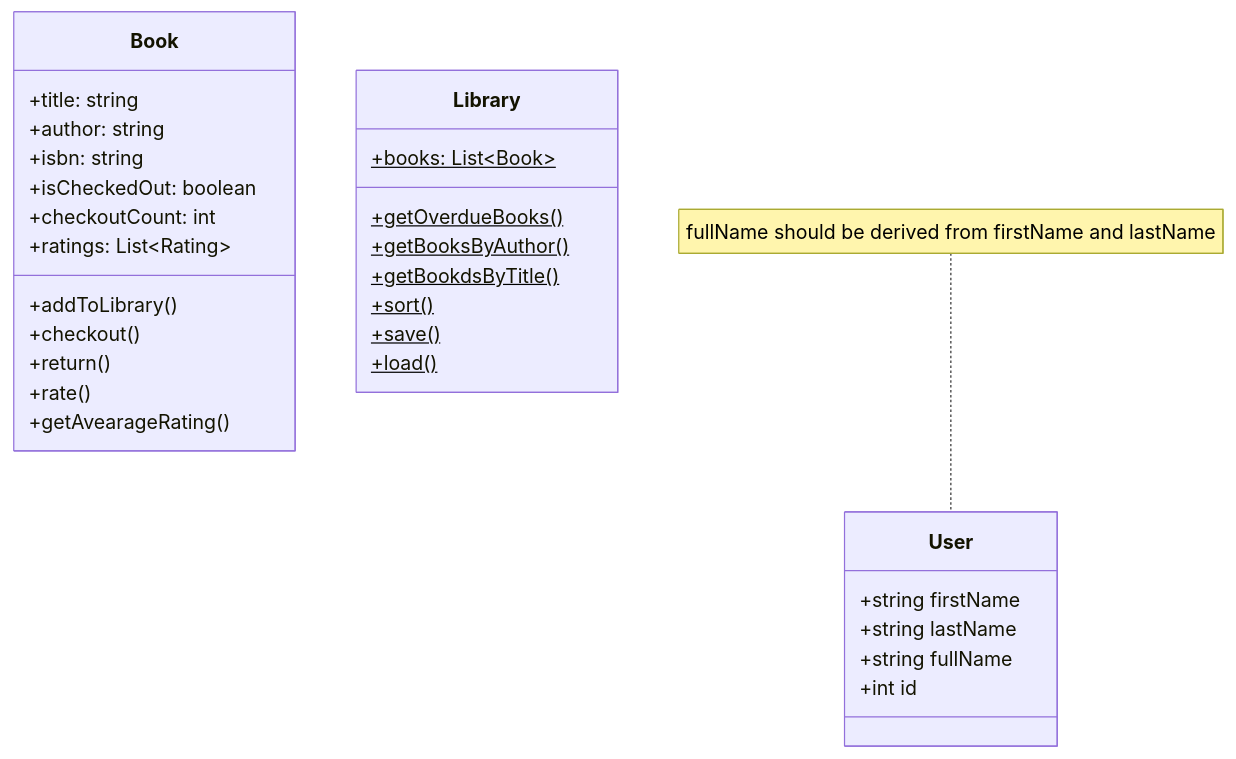
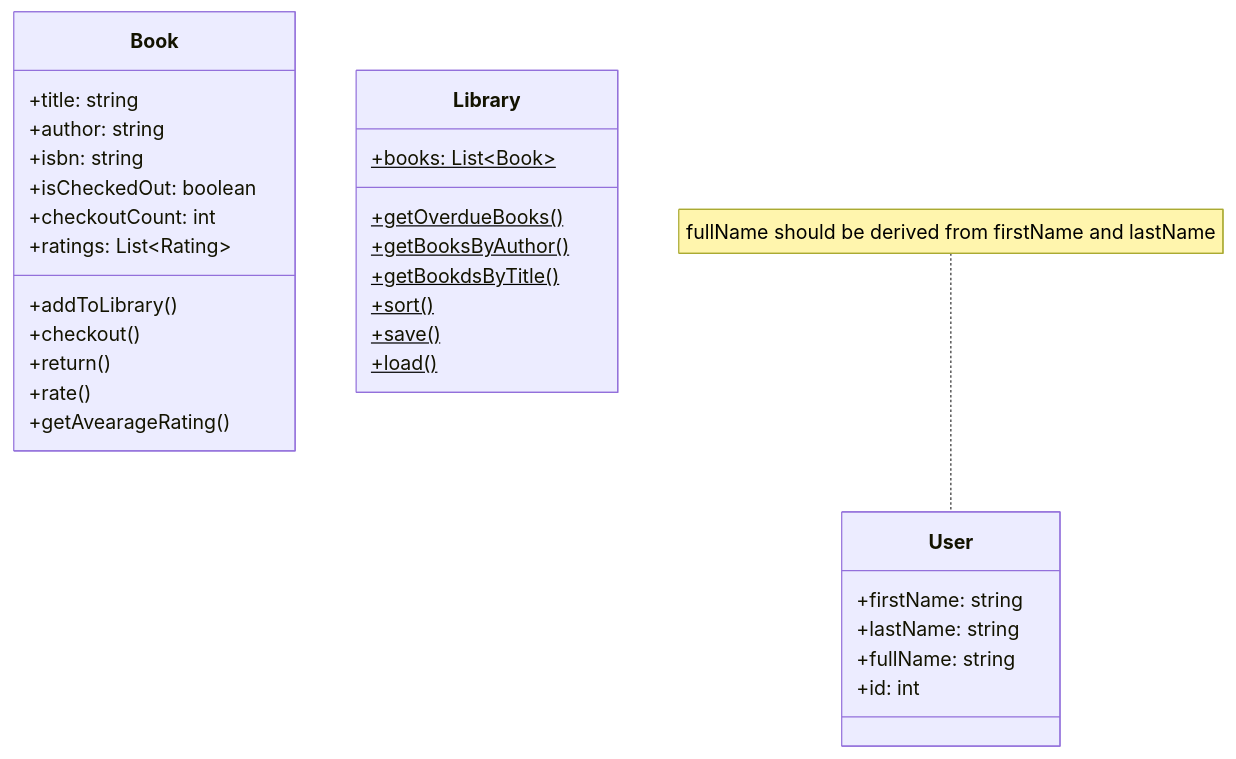
Before and after one commit to divyanshu1593/Javascript-Fundamentals: the diagram in Exercises/ObjectOrientedApproach/classDiagram.mmd, drawn with Mermaid.

Commit message:
minor fix

```diff
--- a/Exercises/ObjectOrientedApproach/classDiagram.mmd
+++ b/Exercises/ObjectOrientedApproach/classDiagram.mmd
@@ -1,37 +1,37 @@
 ---
 Library Management System
 ---
 
 classDiagram
     class User{
-        +string firstName
-        +string lastName
-        +string fullName
-        +int id
+        +firstName: string
+        +lastName: string
+        +fullName: string
+        +id: int
     }
 
     note for User "fullName should be derived from firstName and lastName"
 
     class Book{
         +title: string
         +author: string
         +isbn: string
         +isCheckedOut: boolean
         +checkoutCount: int
         +ratings: List~Rating~
         +addToLibrary()
         +checkout()
         +return()
         +rate()
         +getAvearageRating()
     }
 
     class Library{
         +books: List~Book~$
         +getOverdueBooks()$
         +getBooksByAuthor()$
         +getBookdsByTitle()$
         +sort()$
         +save()$
         +load()$
     }
```
